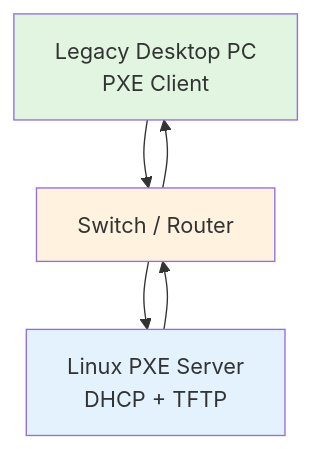
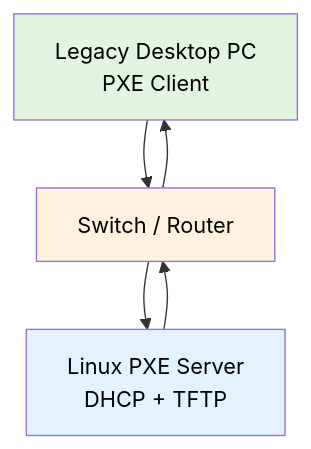
One commit to dhanushbs10/PXE-Network-Boot-Lab changed the first of 2 diagrams in README.md. Above: the diagram before and after it, drawn with Mermaid. The commit also changed other lines of this file, not shown here.

Commit message:
style: improve diagram readability with black text on mermaid nodes

````diff
--- a/README.md
+++ b/README.md
@@ -57,11 +57,11 @@
 ```mermaid
 graph TD
     A[Legacy Desktop PC<br/>PXE Client] --> B[Switch / Router]
     B --> C[Linux PXE Server<br/>DHCP + TFTP]
     B --> A
     C --> B
     
-    style A fill:#e1f5e1
-    style B fill:#fff3e0
-    style C fill:#e3f2fd
+    style A fill:#e1f5e1,color:#000000
+    style B fill:#fff3e0,color:#000000
+    style C fill:#e3f2fd,color:#000000
 ```
````
